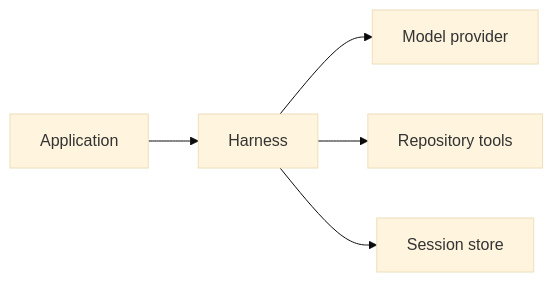
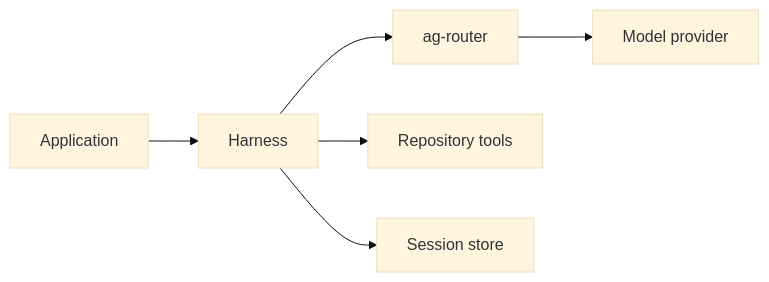
Before and after one commit to agentty-xyz/agentty: the first of 2 diagrams in docs/site/content/docs/architecture/ag-harness-design.md, drawn with Mermaid (base theme). The commit also changed other lines of this file and 53 other files, not shown here.

First line of the commit message:
Extract model routing into ag-router; document its public API and provider boundaries. (#706)

````diff
--- a/docs/site/content/docs/architecture/ag-harness-design.md
+++ b/docs/site/content/docs/architecture/ag-harness-design.md
@@ -15,7 +15,8 @@
 ```mermaid
 flowchart LR
     App["Application"] --> H["Harness"]
-    H --> M["Model provider"]
+    H --> R["ag-router"]
+    R --> M["Model provider"]
     H --> T["Repository tools"]
     H --> S["Session store"]
 ```
````
